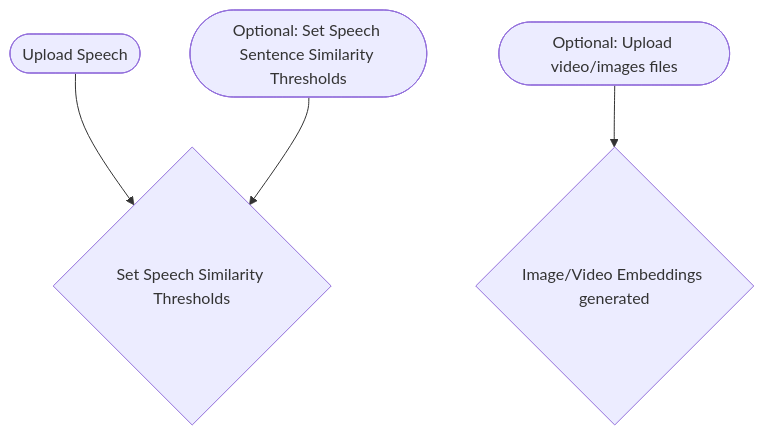
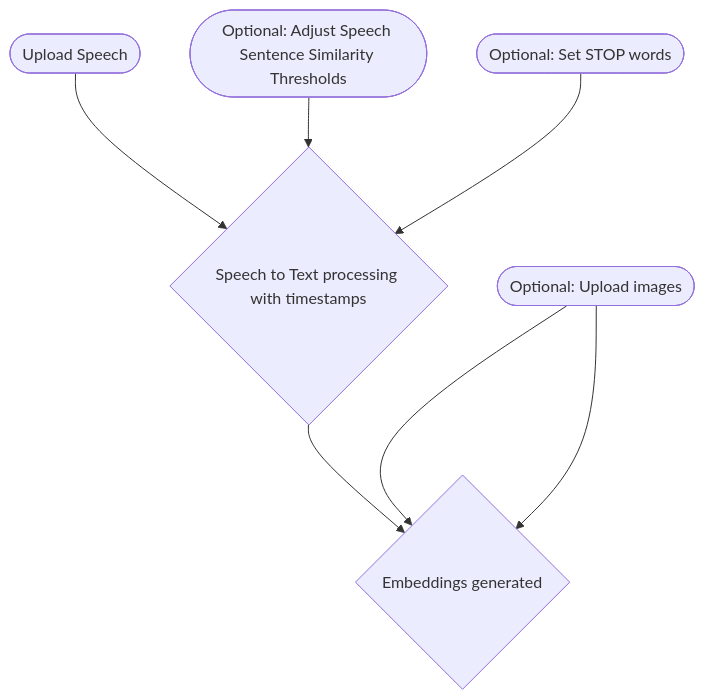
Before and after one commit to GeorgeDavila/yappy-video-editor: the diagram in README.md, drawn with Mermaid.

````diff
--- a/README.md
+++ b/README.md
@@ -8,6 +8,10 @@
 ```mermaid
 graph TD;
-    A1(["Upload Speech"])-->B1{"Set Speech Similarity Thresholds"};
-    A2(["Optional: Upload video/images files"])-->B2{"Image/Video Embeddings generated"}
-    A3(["Optional: Set Speech Sentence Similarity Thresholds"])-->B1;
+    A1(["Upload Speech"])-->B1{"Speech to Text processing with timestamps"};
+    A1OPT1(["Optional: Adjust Speech Sentence Similarity Thresholds"])-->B1;
+    A1OPT2(["Optional: Set STOP words"])-->B1;
+    B1-->B2{"Embeddings generated"}
+    A2(["Optional: Upload images"])-->B2
+    A2(["Optional: Upload images"])-->B2
+    
 ```
````
